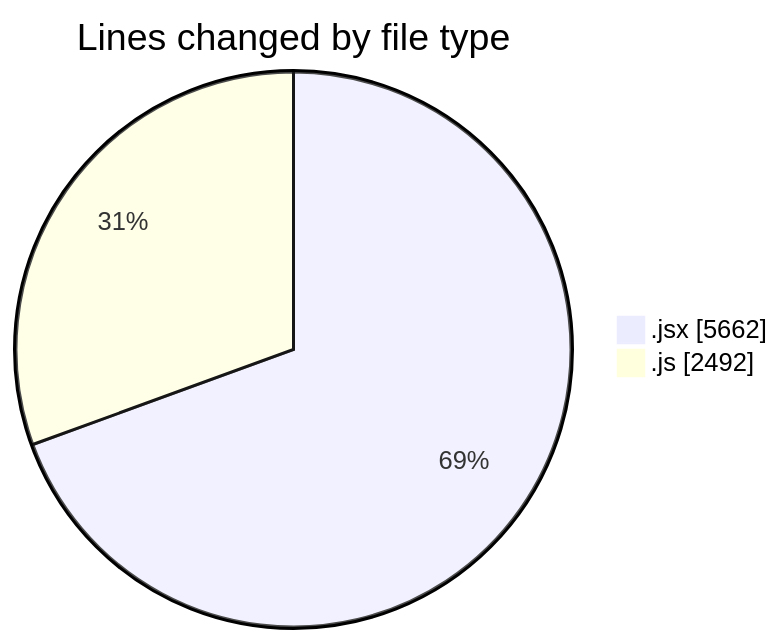
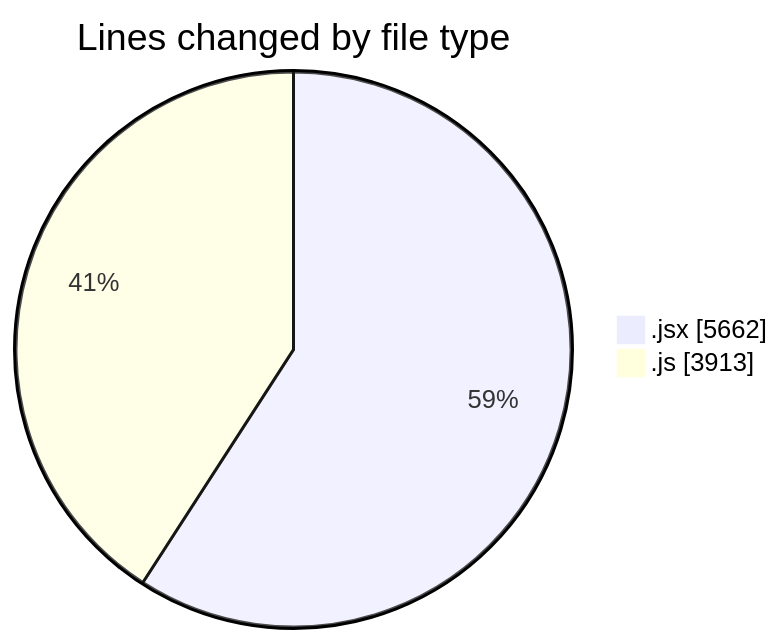
The first of 2 diagrams in 2025-09-28/nxtqube_webapp/README.md (nxtqubesakshisongat/code-tracking), drawn with Mermaid before and after one commit. The commit also changed other lines of this file and 1 other file, not shown here.

````diff
--- a/2025-09-28/nxtqube_webapp/README.md
+++ b/2025-09-28/nxtqube_webapp/README.md
@@ -23,6 +23,6 @@
 ```mermaid
 pie showData
 title Lines changed by file type
 ".jsx" : 5662
-".js" : 2492
+".js" : 3913
 ```
````
